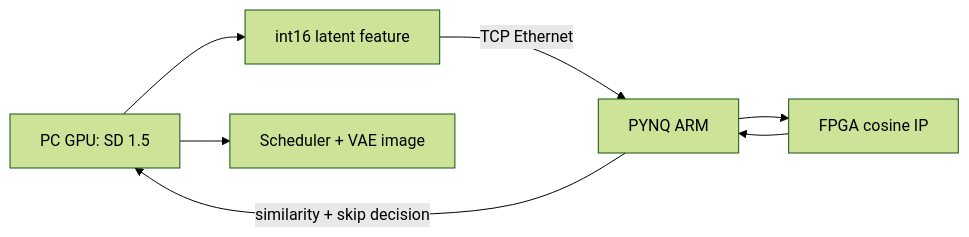
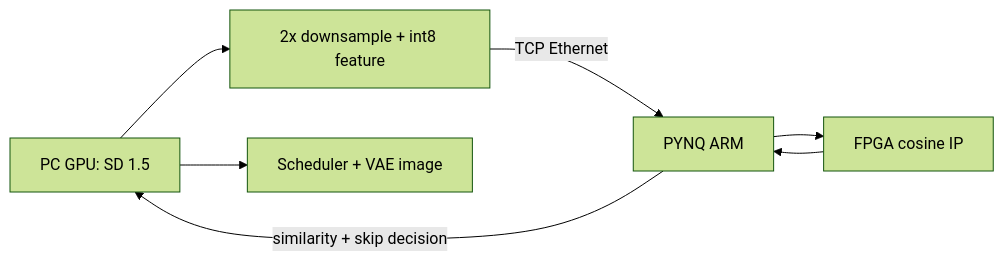
One commit to vigourway-boop/SD-v1.5-speed-up changed the diagram in README.md. Above: the diagram before and after it, drawn with Mermaid (forest theme). The commit also changed other lines of this file and 22 other files, not shown here.

````diff
--- a/README.md
+++ b/README.md
@@ -7,9 +7,9 @@
 ```mermaid
 flowchart LR
-    A["PC GPU: SD 1.5"] --> B["int16 latent feature"]
+    A["PC GPU: SD 1.5"] --> B["2x downsample + int8 feature"]
     B -->|"TCP Ethernet"| C["PYNQ ARM"]
     C --> D["FPGA cosine IP"]
     D --> C
     C -->|"similarity + skip decision"| A
     A --> E["Scheduler + VAE image"]
 ```
````
